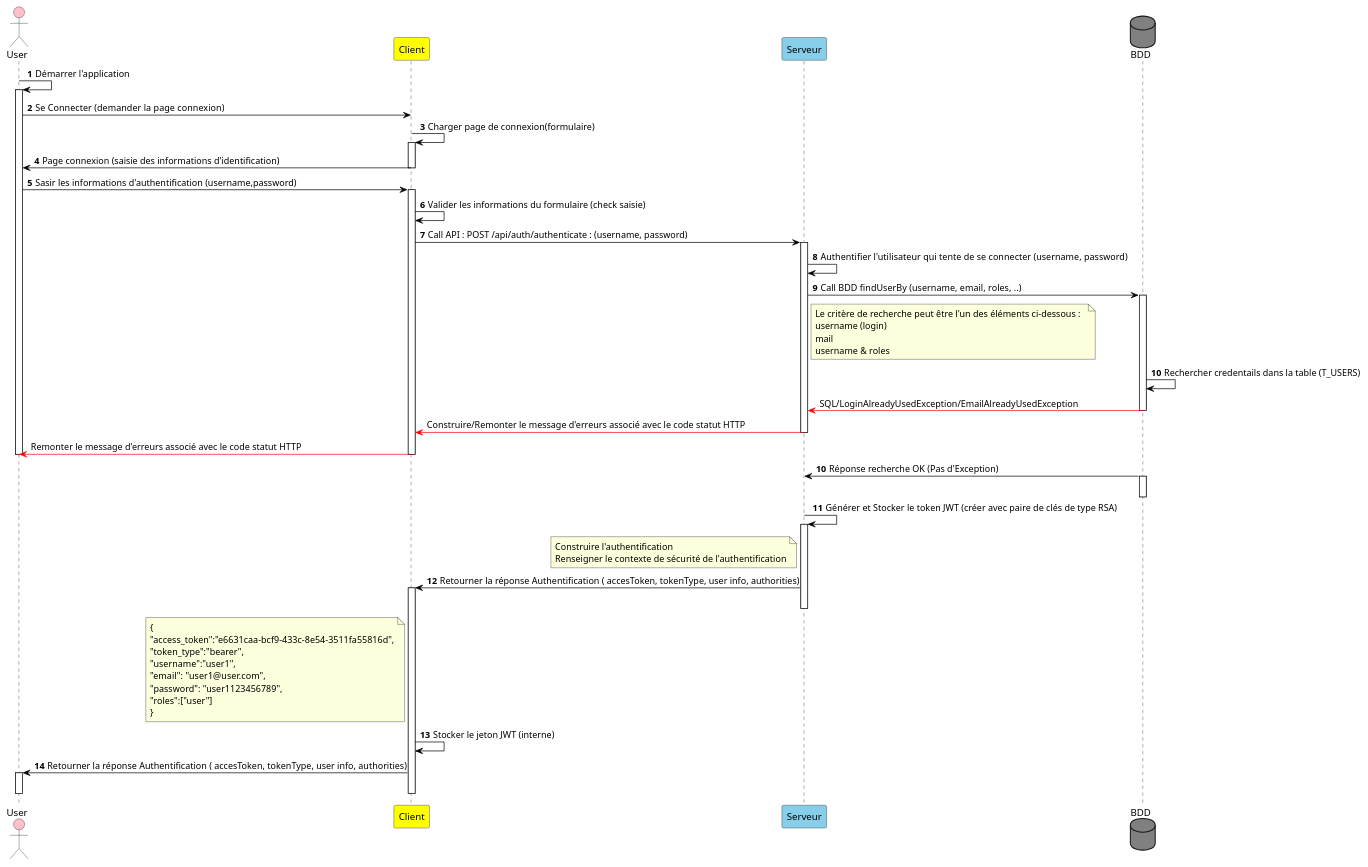
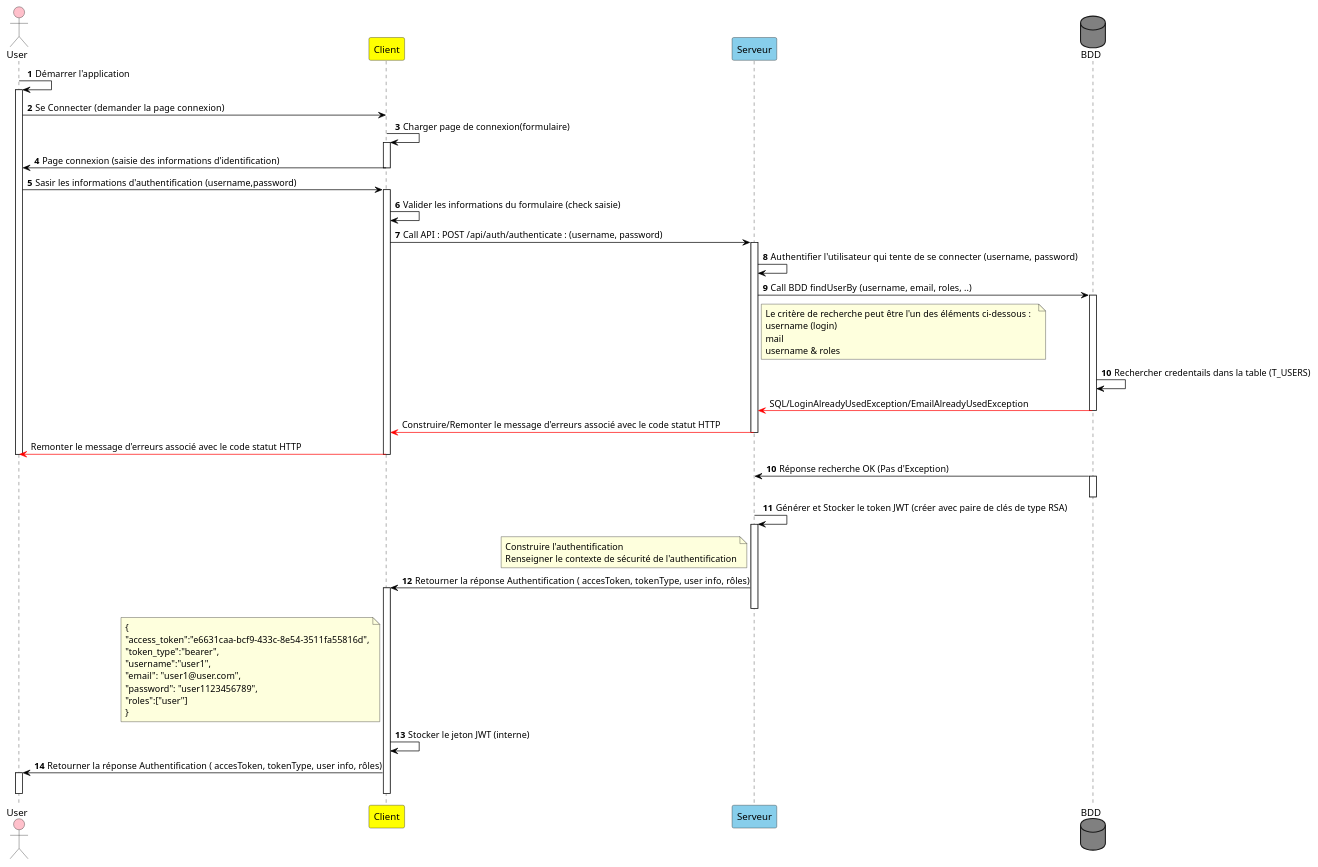
One commit to Corey-Peyton/jwt-auth-web-api-sandbox changed the third of 6 diagrams in README.md. Above: the diagram before and after it, drawn with PlantUML. The commit also changed other lines of this file and 1 other file, not shown here.

````diff
--- a/README.md
+++ b/README.md
@@ -284,82 +284,82 @@
 ```plantuml
 @startuml
 ' Déclaration des participants (acteurs)
 actor User #Pink
 participant Client #Yellow
 participant Serveur #SkyBlue
 database BDD #Gray
 
 ' Déclaration des enchainements des séquences des traitements
 autonumber
 User -[#black]> User : Démarrer l'application
 activate User
 User -[#black]> Client : Se Connecter  (demander la page connexion)
 Client -[#black]> Client : Charger page de connexion(formulaire)
 activate Client
 Client -[#black]> User : Page connexion (saisie des informations d'identification)
 deactivate Client
 User -[#black]> Client : Sasir les informations d'authentification (username,password)
 activate Client
 
 ' Validation des informations saisies et appel service
 Client -[#black]> Client : Valider les informations du formulaire (check saisie)
 Client -[#black]> Serveur : Call API : POST /api/auth/authenticate : (username, password)
 activate Serveur
 Serveur -[#black]> Serveur : Authentifier l'utilisateur qui tente de se connecter  (username, password)
 Serveur -[#black]> BDD : Call BDD  findUserBy (username, email, roles, ..)
 activate BDD
 
 ' Ajout de commentaires
 note right of Serveur 
 Le critère de recherche peut être l'un des éléments ci-dessous :  
 username (login)
 mail
 username & roles
 end note 
 
 BDD -[#black]> BDD : Rechercher credentails dans la table (T_USERS)
 autonumber stop
 BDD -[#red]> Serveur : SQL/LoginAlreadyUsedException/EmailAlreadyUsedException
 deactivate BDD
 Serveur -[#red]> Client : Construire/Remonter le message d'erreurs associé avec le code statut HTTP
 deactivate Serveur
 Client -[#red]> User : Remonter le message d'erreurs associé avec le code statut HTTP
 deactivate Client
 deactivate User
 
 ' Traitement de la réponse en cas d'opération effectuée avec succès en base de données
 autonumber 10
 BDD -[#black]> Serveur : Réponse recherche OK (Pas d'Exception)
 activate BDD
 deactivate BDD
 Serveur -[#black]> Serveur : Générer et Stocker le token JWT (créer avec paire de clés de type RSA)
 activate Serveur
 
 ' Ajout de commentaires
 note left of Serveur 
 Construire l'authentification
 Renseigner le contexte de sécurité de l'authentification
 end note
-Serveur -[#black]> Client : Retourner la réponse Authentification ( accesToken, tokenType, user info, authorities)
+Serveur -[#black]> Client : Retourner la réponse Authentification ( accesToken, tokenType, user info, rôles)
 
 ' Ajout de commentaires
 note left of Client
 {
 "access_token":"e6631caa-bcf9-433c-8e54-3511fa55816d",
 "token_type":"bearer",
 "username":"user1",
 "email": "user1@user.com",
 "password": "user1123456789",
 "roles":["user"]
 }
 end note
 
 activate Client
 deactivate Serveur
 Client -[#black]> Client : Stocker le jeton JWT (interne)
-Client -[#black]> User : Retourner la réponse Authentification ( accesToken, tokenType, user info, authorities)
+Client -[#black]> User : Retourner la réponse Authentification ( accesToken, tokenType, user info, rôles)
 activate User
 deactivate Client
 deactivate User
 @enduml
 ```
````
